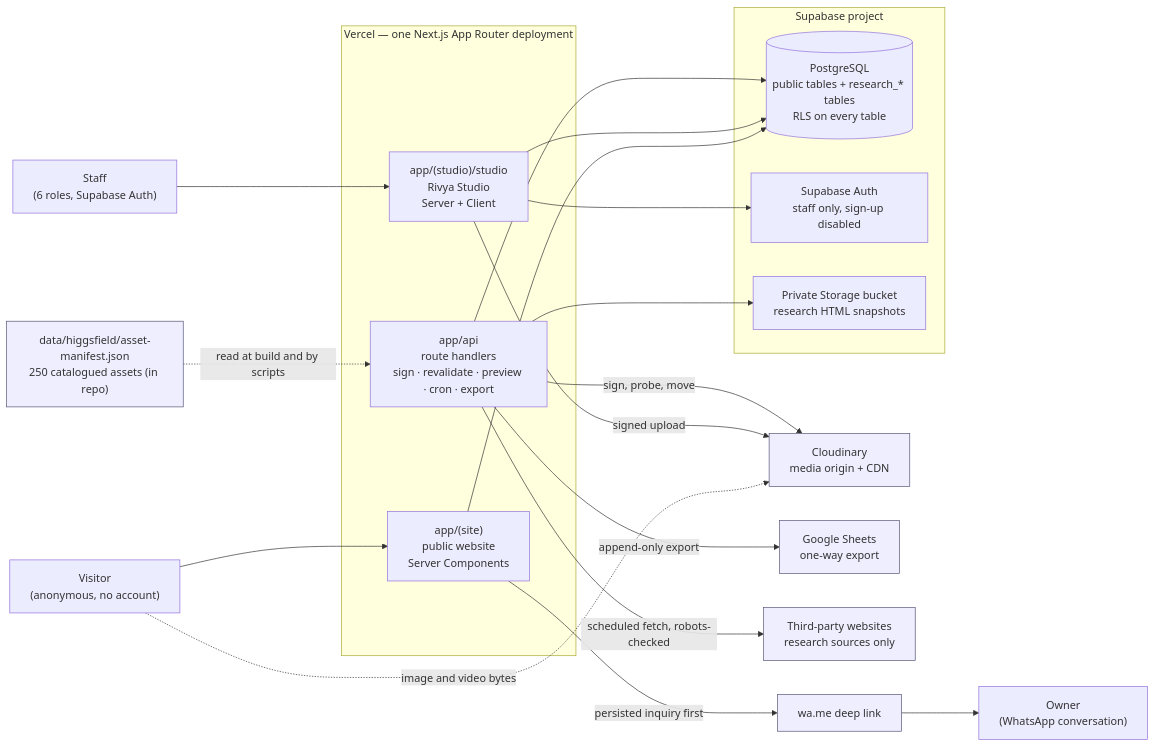
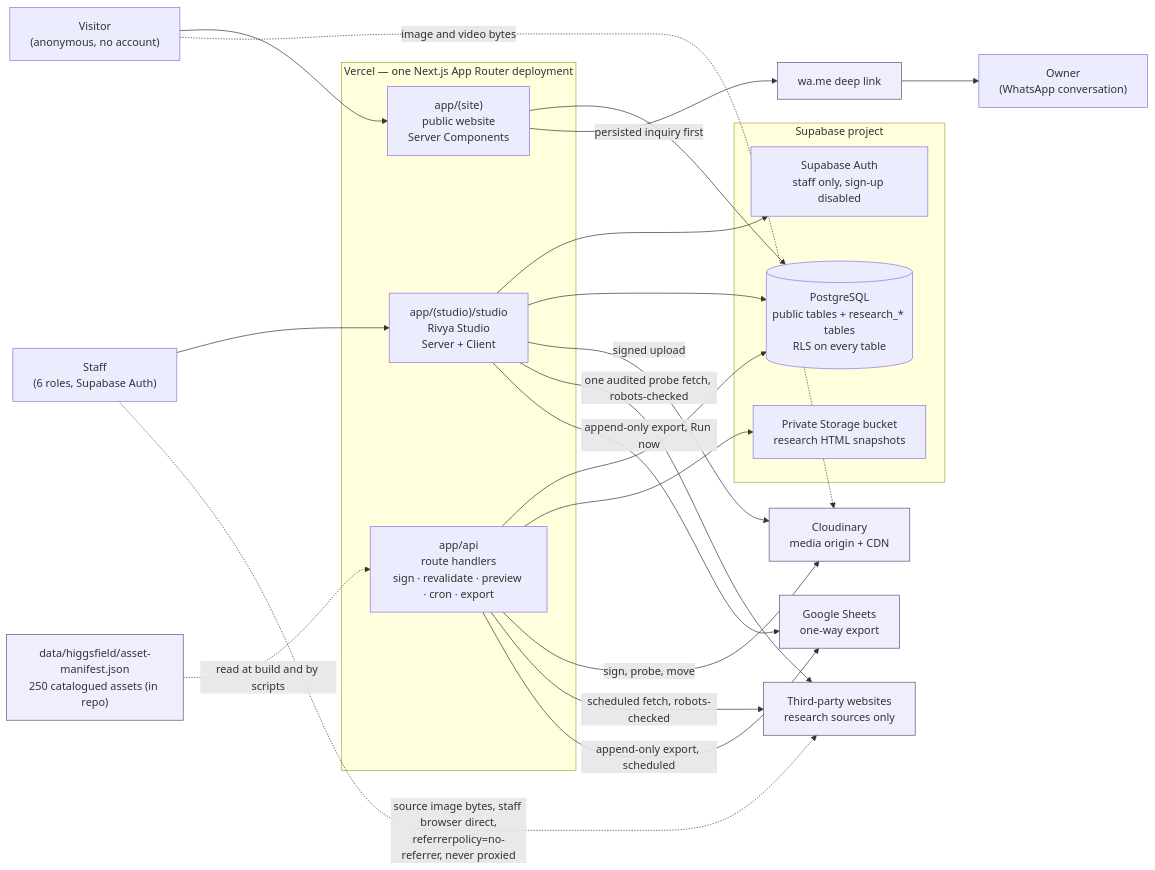
One commit to gondaliyabhavya70960/RivyaLivingArt changed the first of 4 diagrams in docs/architecture/ARCHITECTURE.md. Above: the diagram before and after it, drawn with Mermaid. The commit also changed other lines of this file and 22 other files, not shown here.

````diff
--- a/docs/architecture/ARCHITECTURE.md
+++ b/docs/architecture/ARCHITECTURE.md
@@ -32,43 +32,46 @@
 ```mermaid
 flowchart LR
   visitor["Visitor<br/>(anonymous, no account)"]
   staff["Staff<br/>(6 roles, Supabase Auth)"]
   owner["Owner<br/>(WhatsApp conversation)"]
 
   subgraph vercel["Vercel — one Next.js App Router deployment"]
     site["app/(site)<br/>public website<br/>Server Components"]
     studio["app/(studio)/studio<br/>Rivya Studio<br/>Server + Client"]
     api["app/api<br/>route handlers<br/>sign · revalidate · preview · cron · export"]
   end
 
   subgraph supabase["Supabase project"]
     pg[("PostgreSQL<br/>public tables + research_* tables<br/>RLS on every table")]
     auth["Supabase Auth<br/>staff only, sign-up disabled"]
     store["Private Storage bucket<br/>research HTML snapshots"]
   end
 
   cdn["Cloudinary<br/>media origin + CDN"]
   sheets["Google Sheets<br/>one-way export"]
   wa["wa.me deep link"]
   third["Third-party websites<br/>research sources only"]
   hf["data/higgsfield/asset-manifest.json<br/>250 catalogued assets (in repo)"]
 
   visitor --> site
   visitor -.->|image and video bytes| cdn
   staff --> studio
   studio --> auth
   site --> pg
   studio --> pg
   api --> pg
   api --> store
   studio -->|signed upload| cdn
   api -->|sign, probe, move| cdn
   api -->|scheduled fetch, robots-checked| third
-  api -->|append-only export| sheets
+  studio -->|one audited probe fetch, robots-checked| third
+  staff -.->|source image bytes, staff browser direct,<br/>referrerpolicy=no-referrer, never proxied| third
+  api -->|append-only export, scheduled| sheets
+  studio -->|append-only export, Run now| sheets
   site -->|persisted inquiry first| wa
   wa --> owner
   hf -.->|read at build and by scripts| api
 
   classDef ext fill:#eef,stroke:#557
   class cdn,sheets,wa,third,hf ext
 ```
````
